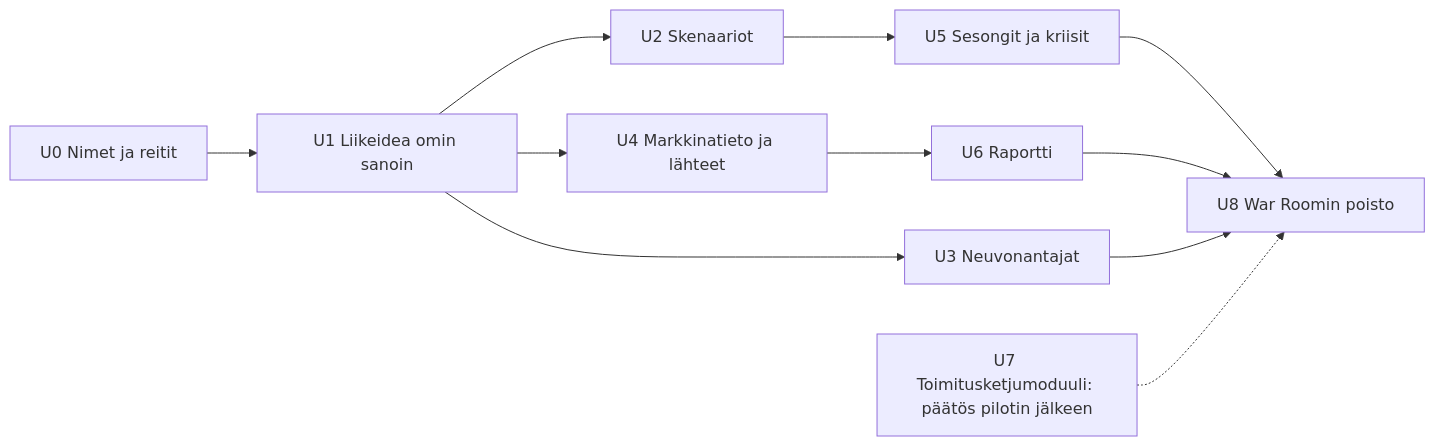
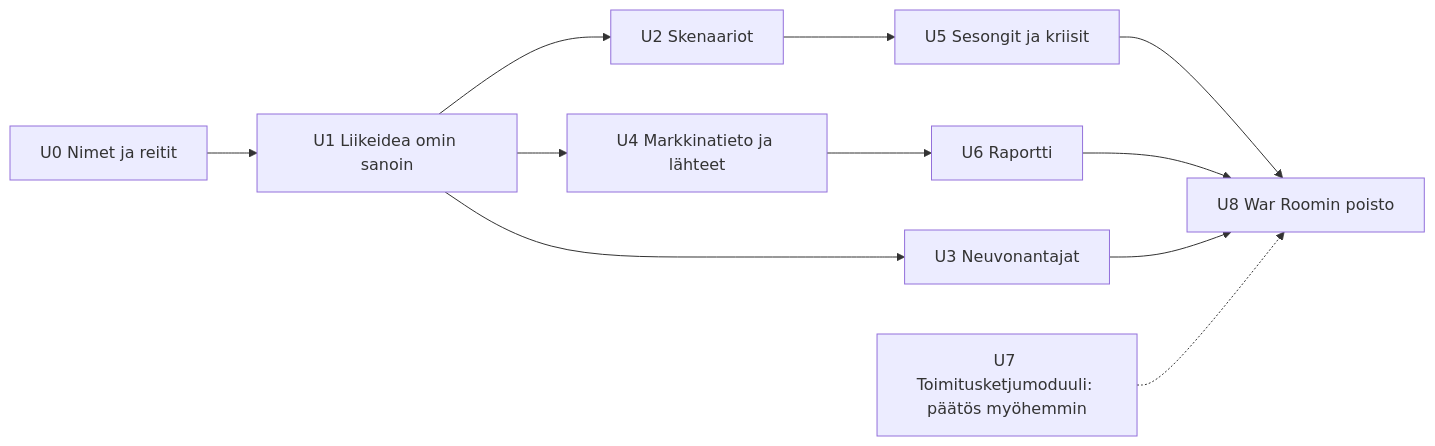
Before and after one commit to bjorkmeister/Apex: the first of 2 diagrams in docs/SUUNNITELMA_JA_TIEKARTTA.md, drawn with Mermaid. The commit also changed other lines of this file and 52 other files, not shown here.

````diff
--- a/docs/SUUNNITELMA_JA_TIEKARTTA.md
+++ b/docs/SUUNNITELMA_JA_TIEKARTTA.md
@@ -46,13 +46,13 @@
 ```mermaid
 flowchart LR
   U0["U0 Nimet ja reitit"] --> U1["U1 Liikeidea omin sanoin"]
   U1 --> U2["U2 Skenaariot"]
   U1 --> U3["U3 Neuvonantajat"]
   U1 --> U4["U4 Markkinatieto ja lähteet"]
   U2 --> U5["U5 Sesongit ja kriisit"]
   U4 --> U6["U6 Raportti"]
   U5 --> U8["U8 War Roomin poisto"]
   U6 --> U8
   U3 --> U8
-  U7["U7 Toimitusketjumoduuli: päätös pilotin jälkeen"] -.-> U8
+  U7["U7 Toimitusketjumoduuli: päätös myöhemmin"] -.-> U8
 ```
````
